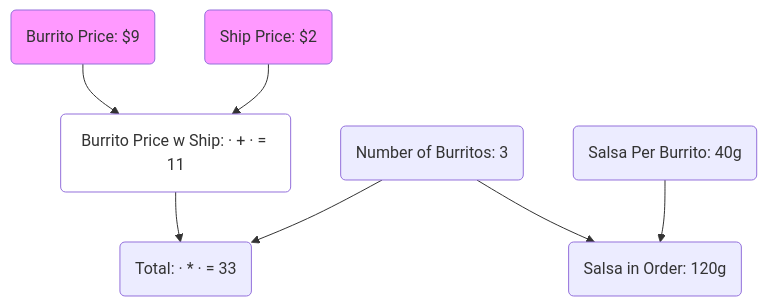
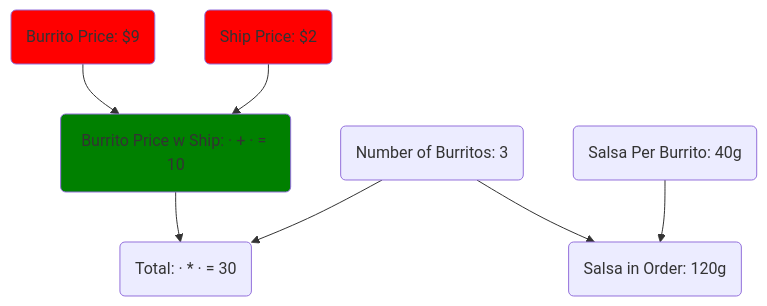
One commit to xffxff/xffxff.github.io changed the third of 6 diagrams in drafts/salsa.md. Above: the diagram before and after it, drawn with Mermaid. The commit also changed other lines of this file, not shown here.

````diff
--- a/drafts/salsa.md
+++ b/drafts/salsa.md
@@ -47,15 +47,15 @@
 ```mermaid
 graph TD;
-    bp(Burrito Price: $9)-->bpws("Burrito Price w Ship: · + · = 11");
-    style bp fill:#f9f;
-    style bpws fill:#fff;
+    bp(Burrito Price: $9)-->bpws("Burrito Price w Ship: · + · = 10");
+    style bp fill:red;
+    style bpws fill:green;
     sp(Ship Price: $2);
-    style sp fill:#f9f;
+    style sp fill:red;
     sp-->bpws;
     nb(Number of Burritos: 3)-->total;
     bpws-->total;
-    total("Total: · * · = 33");
+    total("Total: · * · = 30");
     spb(Salsa Per Burrito: 40g) --> salsa;
     nb-->salsa;
     salsa(Salsa in Order: 120g);
 ```
````
